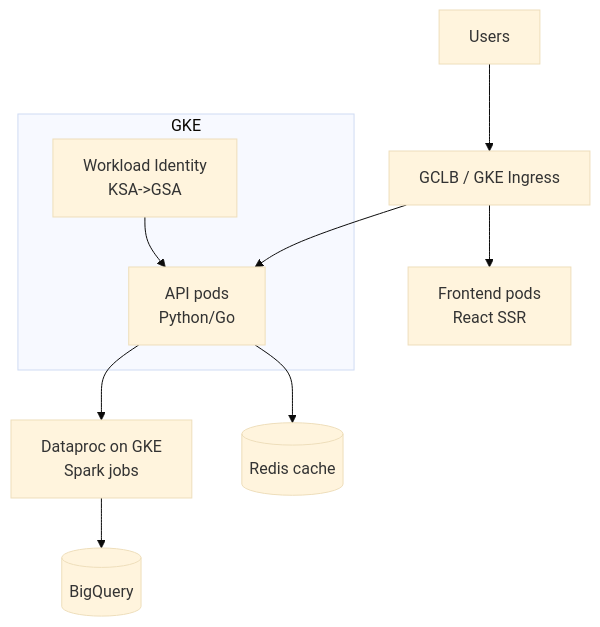
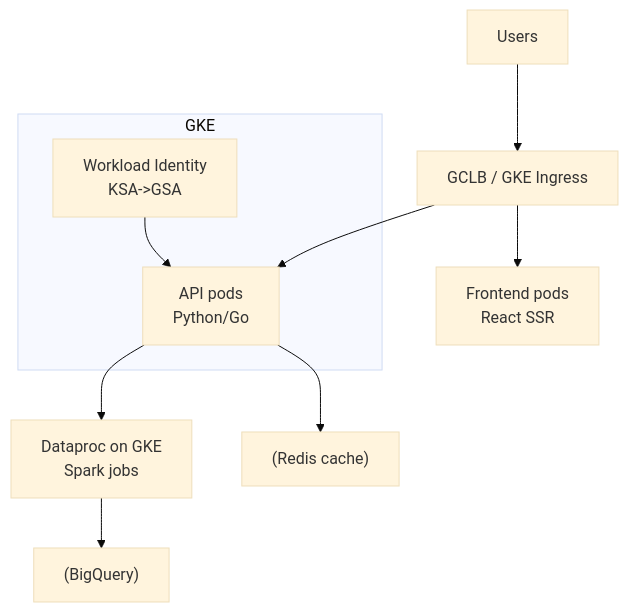
Before and after one commit to WhoisMonesh/K8S-Everything: the diagram in 17-company-cases/pinterest.md, drawn with Mermaid (base theme). The commit also changed 62 other files, not shown here.

First line of the commit message:
Fix all Mermaid diagrams for GitHub compatibility

````diff
--- a/17-company-cases/pinterest.md
+++ b/17-company-cases/pinterest.md
@@ -24,12 +24,12 @@
 ```mermaid
 graph TD
     Users --> L7[GCLB / GKE Ingress]
     L7 --> Frontend[Frontend pods<br/>React SSR]
     L7 --> API[API pods<br/>Python/Go]
     API --> Data[Dataproc on GKE<br/>Spark jobs]
-    Data --> BQ[(BigQuery)]
-    API --> Redis[(Redis cache)]
-    subgraph GKE
+    Data --> BQ["(BigQuery)"]
+    API --> Redis["(Redis cache)"]
+    subgraph "GKE"
         WI[Workload Identity<br/>KSA->GSA] --> API
     end
 ```
````
